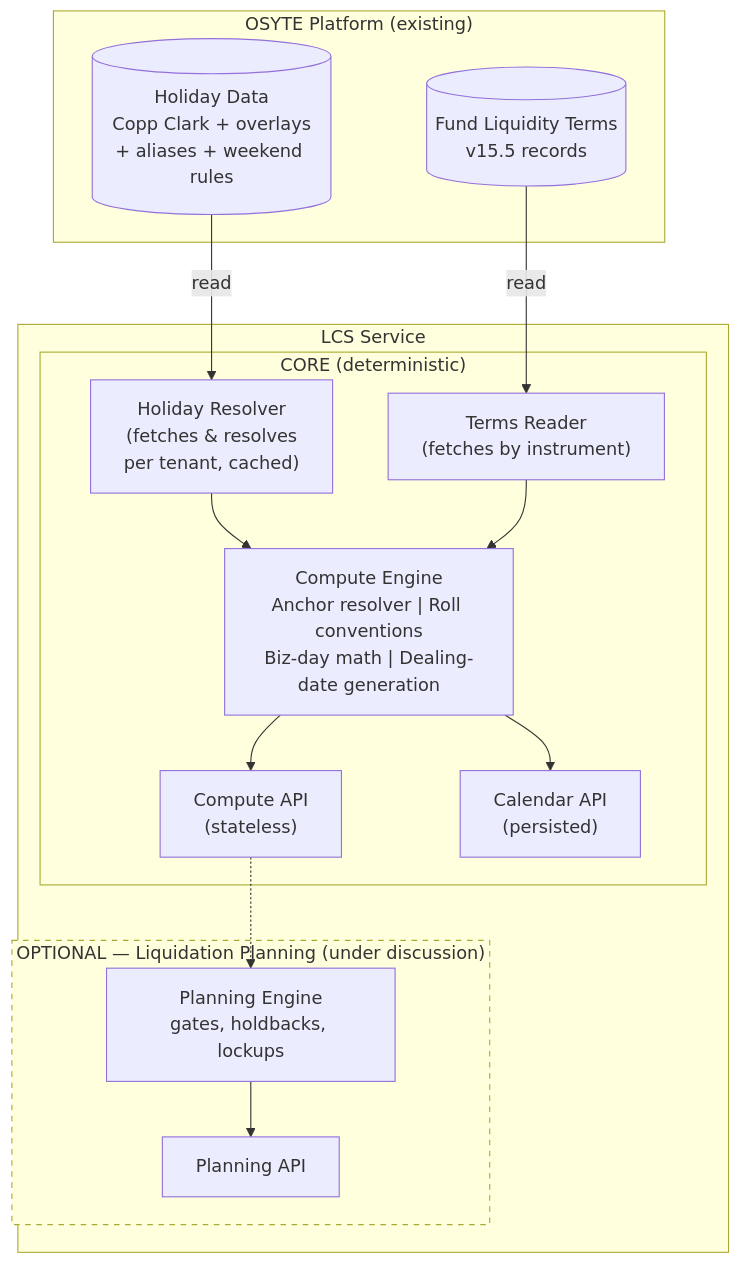
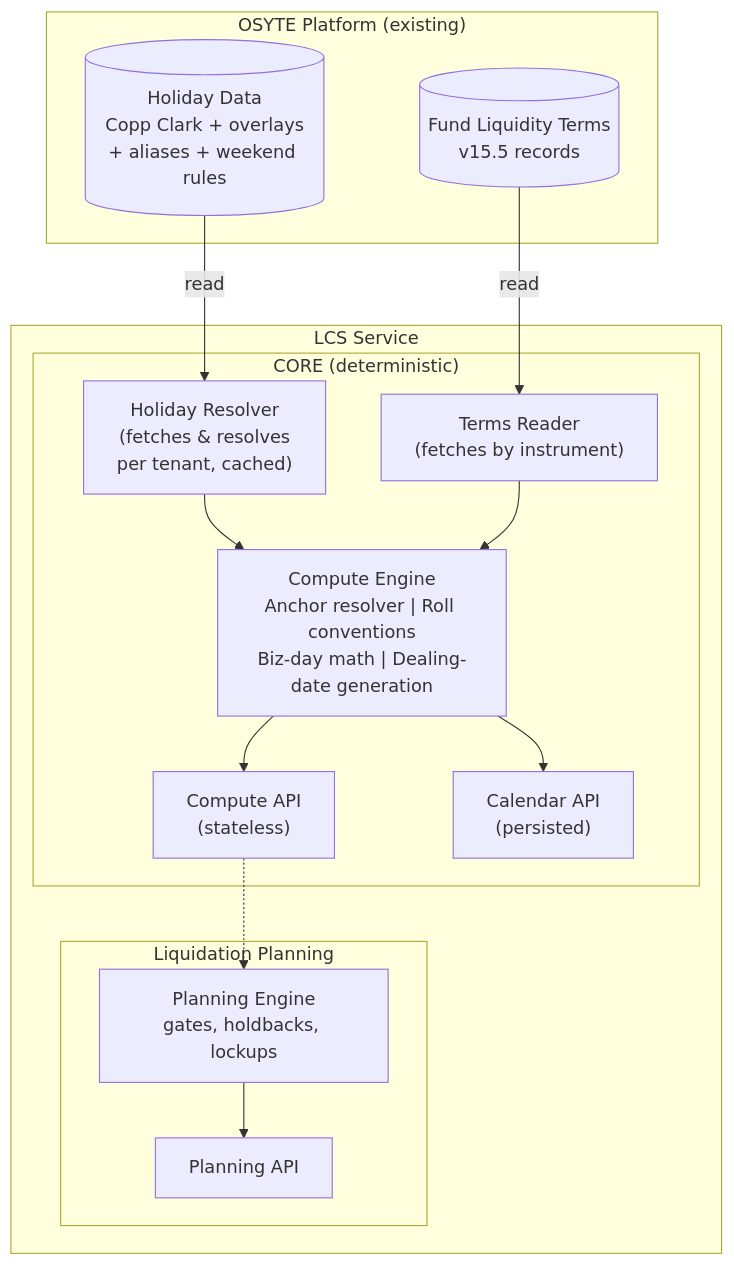
One commit to Ashu290905/OSYTE changed the first of 8 diagrams in lcs-main/docs/architecture.md. Above: the diagram before and after it, drawn with Mermaid. The commit also changed other lines of this file and 1 other file, not shown here.

First line of the commit message:
Planning layer confirmed: remove optional/under-discussion labels

````diff
--- a/lcs-main/docs/architecture.md
+++ b/lcs-main/docs/architecture.md
@@ -9,35 +9,34 @@
 ```mermaid
 graph TD
     subgraph OSYTE["OSYTE Platform (existing)"]
         HD[("Holiday Data<br/>Copp Clark + overlays<br/>+ aliases + weekend rules")]
         FT[("Fund Liquidity Terms<br/>v15.5 records")]
     end
 
     subgraph LCS["LCS Service"]
         subgraph CORE["CORE (deterministic)"]
             HR["Holiday Resolver<br/>(fetches & resolves<br/>per tenant, cached)"]
             TR["Terms Reader<br/>(fetches by instrument)"]
             CE["Compute Engine<br/>Anchor resolver | Roll conventions<br/>Biz-day math | Dealing-date generation"]
             CA["Compute API<br/>(stateless)"]
             CLA["Calendar API<br/>(persisted)"]
 
             HR --> CE
             TR --> CE
             CE --> CA
             CE --> CLA
         end
 
-        subgraph OPT["OPTIONAL — Liquidation Planning (under discussion)"]
+        subgraph OPT["Liquidation Planning"]
             PE["Planning Engine<br/>gates, holdbacks, lockups"]
             PA["Planning API"]
             PE --> PA
         end
 
         CA -.-> PE
     end
 
     HD -->|read| HR
     FT -->|read| TR
 
-    style OPT stroke-dasharray: 5 5
 ```
````
